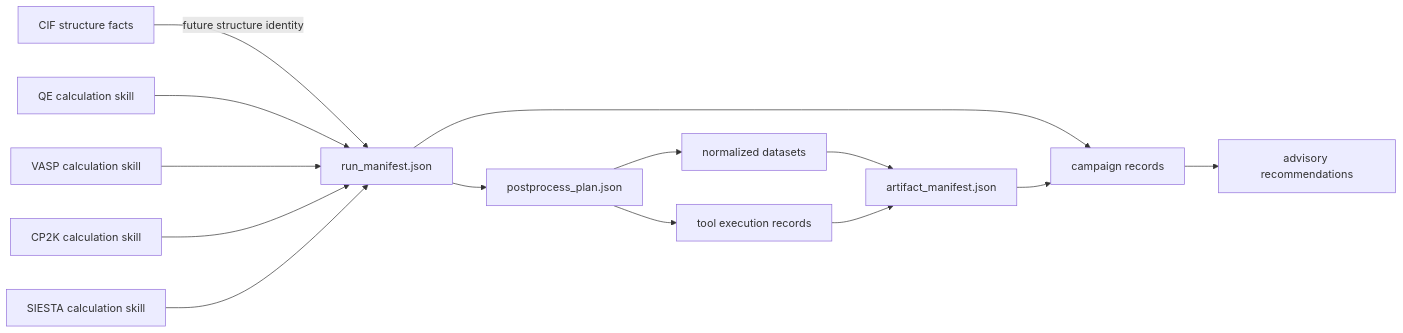
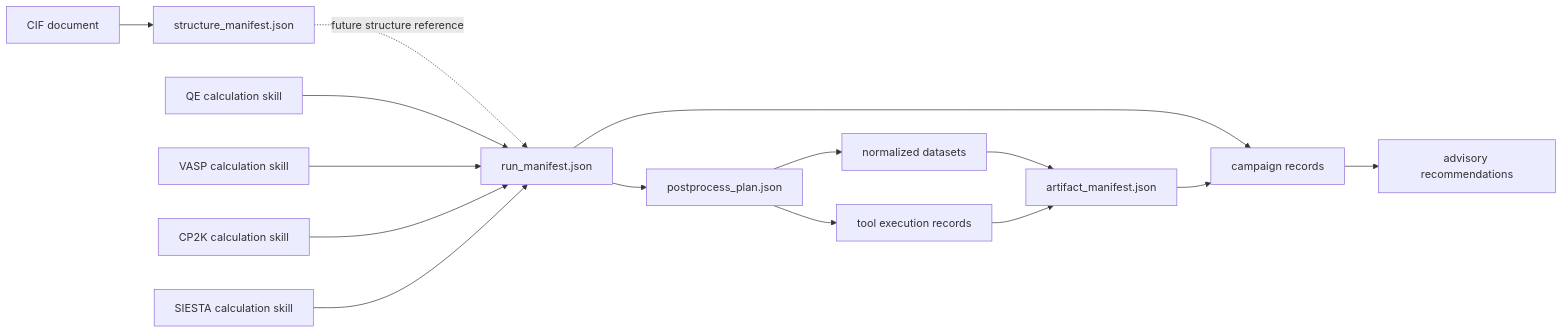
The diagram in docs/integration-and-extension-plan.md (Maxwell3919/Vibe-DFT-Skills), drawn with Mermaid before and after one commit. The commit also changed other lines of this file and 31 other files, not shown here.

````diff
--- a/docs/integration-and-extension-plan.md
+++ b/docs/integration-and-extension-plan.md
@@ -7,16 +7,17 @@
 ```mermaid
 flowchart LR
-    CIF["CIF structure facts"] -->|future structure identity| RUN
+    CIF["CIF document"] --> STRUCT["structure_manifest.json"]
+    STRUCT -.->|future structure reference| RUN
     QE["QE calculation skill"] --> RUN["run_manifest.json"]
     VASP["VASP calculation skill"] --> RUN
     CP2K["CP2K calculation skill"] --> RUN
     SIESTA["SIESTA calculation skill"] --> RUN
     RUN --> PLAN["postprocess_plan.json"]
     PLAN --> DATA["normalized datasets"]
     PLAN --> EXEC["tool execution records"]
     DATA --> ART["artifact_manifest.json"]
     EXEC --> ART
     RUN --> CAMPAIGN["campaign records"]
     ART --> CAMPAIGN
     CAMPAIGN --> REC["advisory recommendations"]
 ```
````
